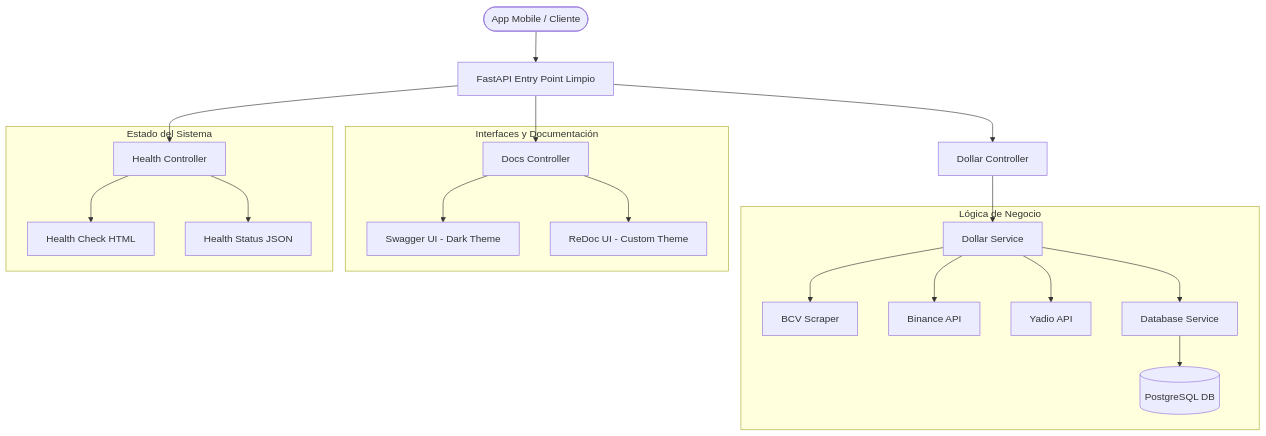
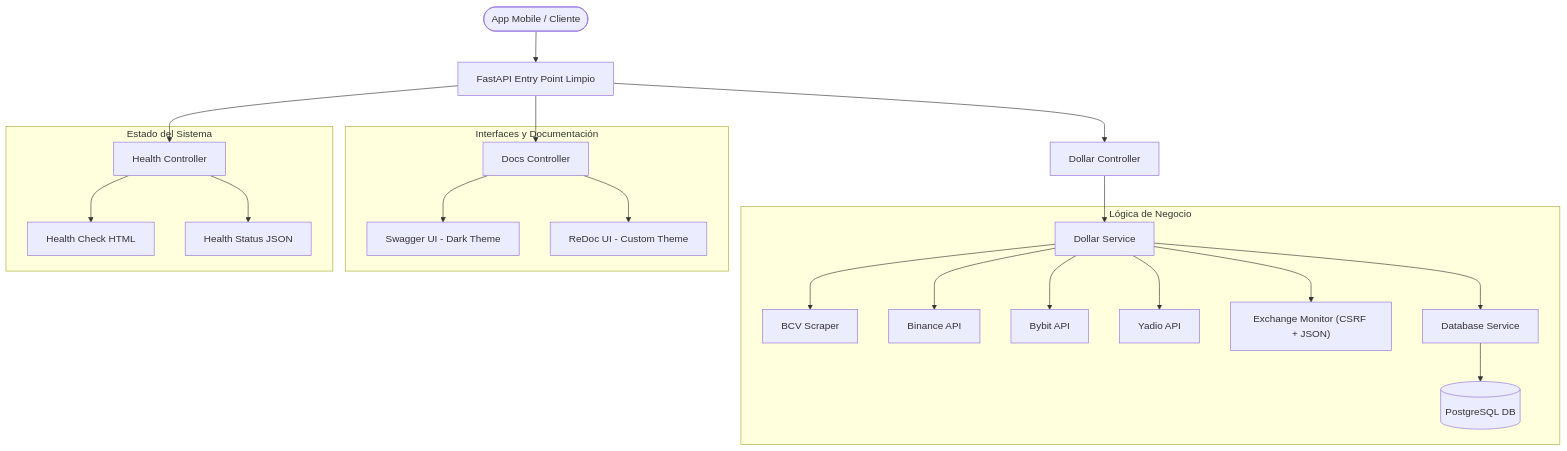
Before and after one commit to Teixeira49/bcv_tracker_backend: the diagram in README.md, drawn with Mermaid. The commit also changed other lines of this file and 11 other files, not shown here.

First line of the commit message:
✨ feat(services): add Exchange Monitor as a rate source (scraping)

````diff
--- a/README.md
+++ b/README.md
@@ -34,28 +36,30 @@
 ```mermaid
 graph TD
     User(["App Mobile / Cliente"]) --> API["FastAPI Entry Point Limpio"]
     
     API --> DollarController["Dollar Controller"]
     API --> DocsController["Docs Controller"]
     API --> HealthController["Health Controller"]
     
     DollarController --> DollarService["Dollar Service"]
     
     subgraph Core_Business ["Lógica de Negocio"]
         DollarService --> Scraper["BCV Scraper"]
         DollarService --> BinanceAPI["Binance API"]
+        DollarService --> BybitAPI["Bybit API"]
         DollarService --> YadioAPI["Yadio API"]
+        DollarService --> EMScraper["Exchange Monitor (CSRF + JSON)"]
         DollarService --> DB_Service["Database Service"]
         DB_Service --> Postgres[("PostgreSQL DB")]
     end
     
     subgraph UI_Docs ["Interfaces y Documentación"]
         DocsController --> SwaggerUI["Swagger UI - Dark Theme"]
         DocsController --> ReDocUI["ReDoc UI - Custom Theme"]
     end
     
     subgraph Monitoreo ["Estado del Sistema"]
         HealthController --> HealthUI["Health Check HTML"]
         HealthController --> HealthJSON["Health Status JSON"]
     end
 ```
````
